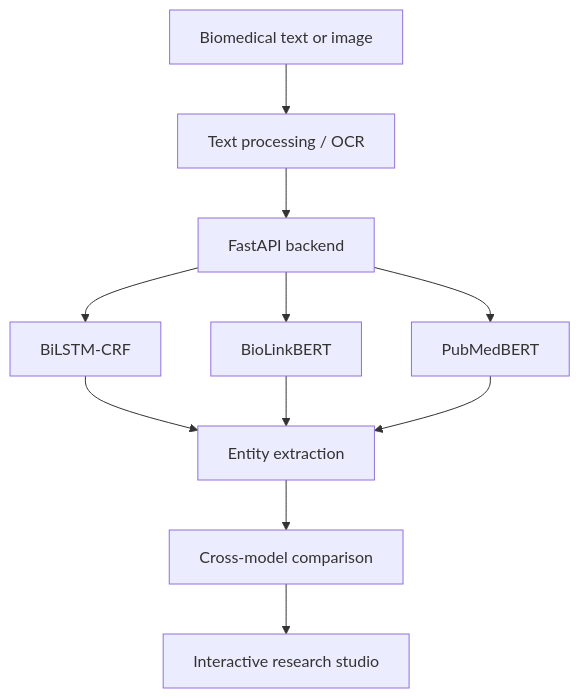
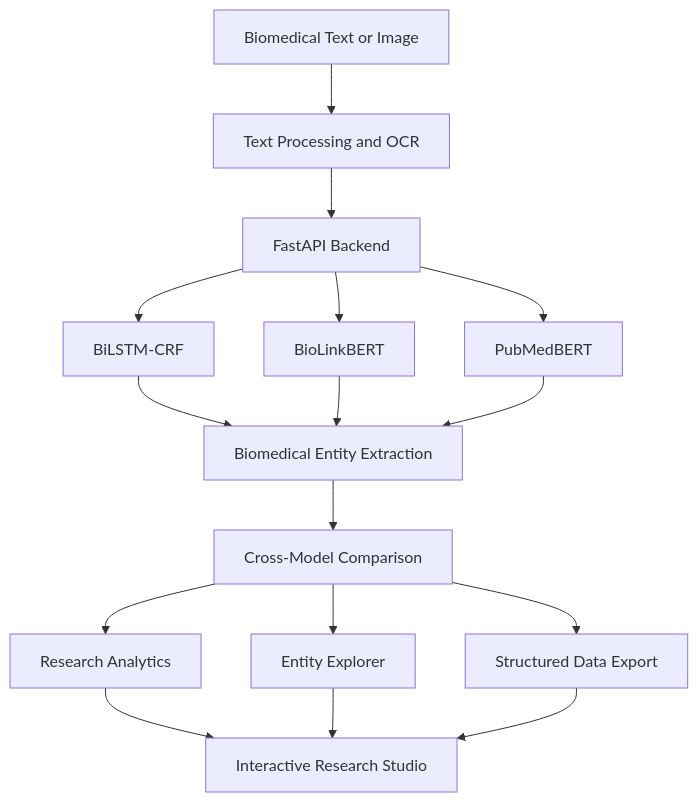
The diagram in README.md (ABDELARAHMENE-TABOUCHI/neuromed-ai), drawn with Mermaid before and after one commit. The commit also changed other lines of this file, not shown here.

Commit message:
Update README - Complete NeuroMed AI research project

````diff
--- a/README.md
+++ b/README.md
@@ -58,13 +133,22 @@
 ```mermaid
 flowchart TD
- A[Biomedical text or image] --> B[Text processing / OCR]
- B --> C[FastAPI backend]
- C --> D[BiLSTM-CRF]
- C --> E[BioLinkBERT]
- C --> F[PubMedBERT]
- D --> G[Entity extraction]
- E --> G
- F --> G
- G --> H[Cross-model comparison]
- H --> I[Interactive research studio]
+    A[Biomedical Text or Image] --> B[Text Processing and OCR]
+    B --> C[FastAPI Backend]
+
+    C --> D[BiLSTM-CRF]
+    C --> E[BioLinkBERT]
+    C --> F[PubMedBERT]
+
+    D --> G[Biomedical Entity Extraction]
+    E --> G
+    F --> G
+
+    G --> H[Cross-Model Comparison]
+    H --> I[Research Analytics]
+    H --> J[Entity Explorer]
+    H --> K[Structured Data Export]
+
+    I --> L[Interactive Research Studio]
+    J --> L
+    K --> L
 ```
````
